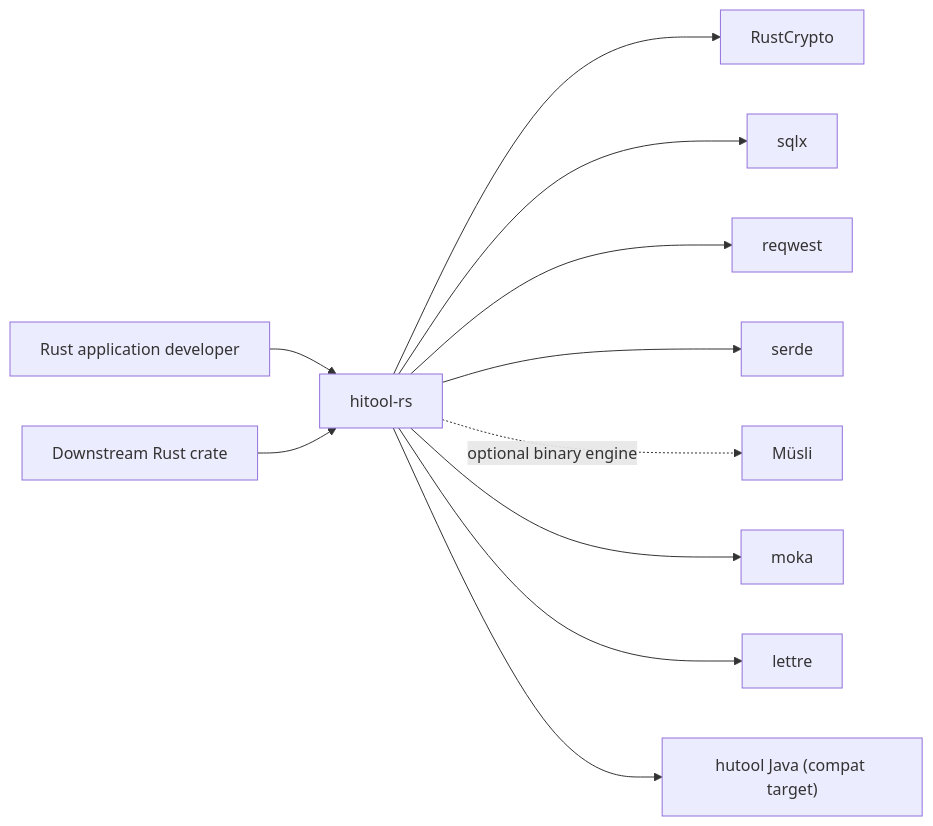
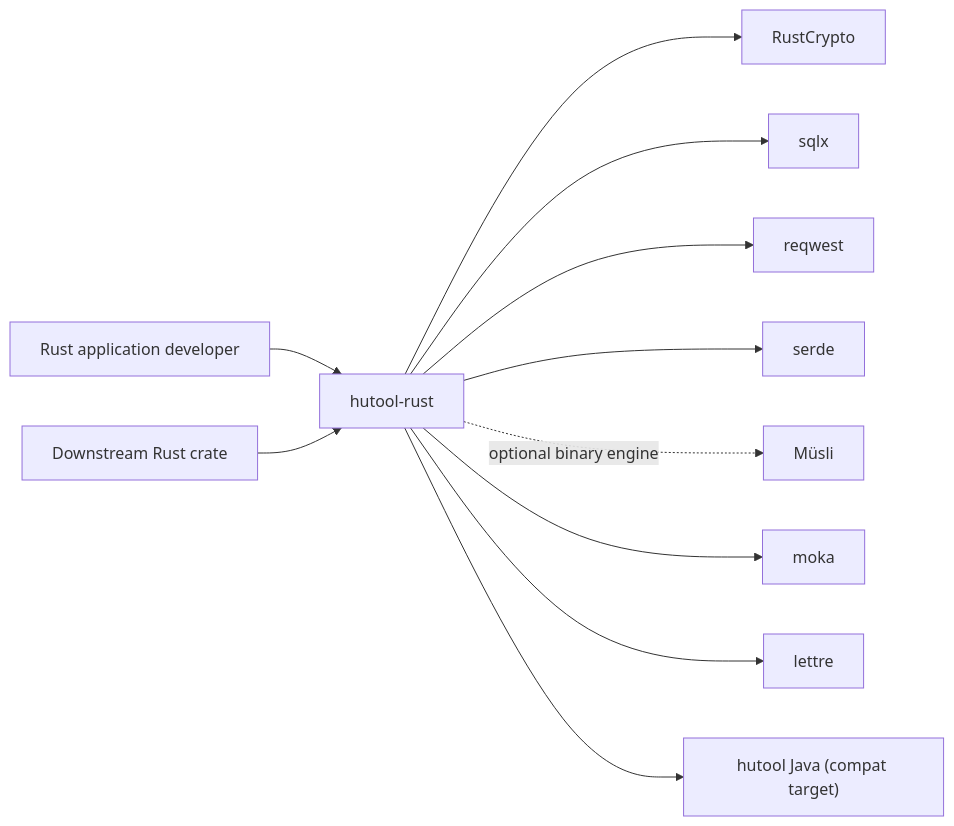
One commit to hiwepy/hitool-rs changed the first of 3 diagrams in docs/architecture.md. Above: the diagram before and after it, drawn with Mermaid. The commit also changed other lines of this file and 1656 other files, not shown here.

First line of the commit message:
refactor: rename hitool-rs → hutool-rust

````diff
--- a/docs/architecture.md
+++ b/docs/architecture.md
@@ -184,13 +184,13 @@
 ```mermaid
 flowchart LR
-    User["Rust application developer"] --> System["hitool-rs"]
+    User["Rust application developer"] --> System["hutool-rust"]
     App["Downstream Rust crate"] --> System
     System --> RustCrypto["RustCrypto"]
     System --> Sqlx["sqlx"]
     System --> Reqwest["reqwest"]
     System --> Serde["serde"]
     System -. optional binary engine .-> Musli["Müsli"]
     System --> Moka["moka"]
     System --> Lettre["lettre"]
     System --> Hutool["hutool Java (compat target)"]
 ```
````
